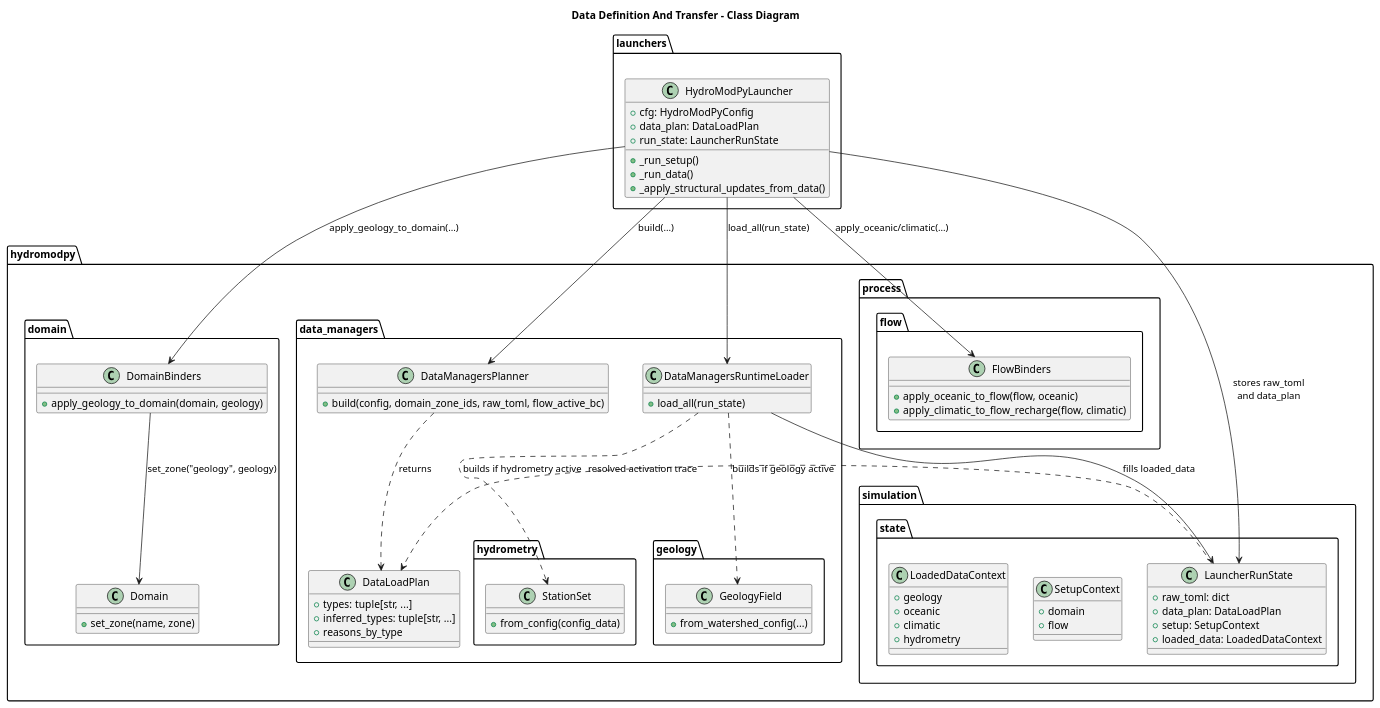
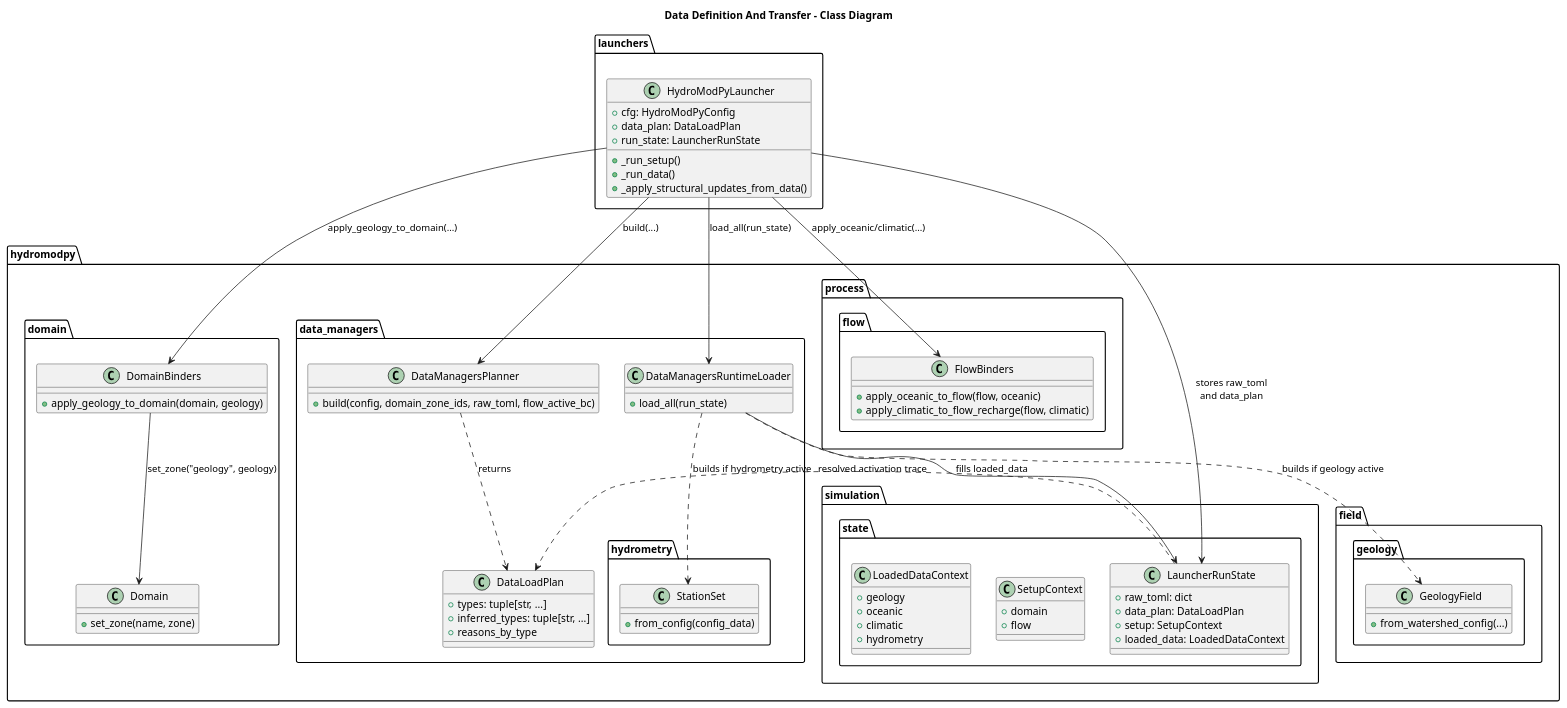
One commit to HydroModPy/HydroModPy changed the diagram in docs/readthedocs/source/architecture/data_loading/diagrams/data_definition_transfer_class.wsd. Above: the diagram before and after it, drawn with PlantUML. The commit also changed 67 other files, not shown here.

Commit message:
[geology] - Add geology to data_manager

```diff
--- a/docs/readthedocs/source/architecture/data_loading/diagrams/data_definition_transfer_class.wsd
+++ b/docs/readthedocs/source/architecture/data_loading/diagrams/data_definition_transfer_class.wsd
@@ -1,95 +1,95 @@
 @startuml
 title Data Definition And Transfer - Class Diagram
 
 package "launchers" {
   class HydroModPyLauncher {
     +cfg: HydroModPyConfig
     +data_plan: DataLoadPlan
     +run_state: LauncherRunState
     +_run_setup()
     +_run_data()
     +_apply_structural_updates_from_data()
   }
 }
 
 package "hydromodpy.simulation.state" {
   class LauncherRunState {
     +raw_toml: dict
     +data_plan: DataLoadPlan
     +setup: SetupContext
     +loaded_data: LoadedDataContext
   }
 
   class SetupContext {
     +domain
     +flow
   }
 
   class LoadedDataContext {
     +geology
     +oceanic
     +climatic
     +hydrometry
   }
 }
 
 package "hydromodpy.data_managers" {
   class DataManagersPlanner {
     +build(config, domain_zone_ids, raw_toml, flow_active_bc)
   }
 
   class DataLoadPlan {
     +types: tuple[str, ...]
     +inferred_types: tuple[str, ...]
     +reasons_by_type
   }
 
   class DataManagersRuntimeLoader {
     +load_all(run_state)
   }
 }
 
-package "hydromodpy.data_managers.geology" {
+package "hydromodpy.field.geology" {
   class GeologyField {
     +from_watershed_config(...)
   }
 }
 
 package "hydromodpy.data_managers.hydrometry" {
   class StationSet {
     +from_config(config_data)
   }
 }
 
 package "hydromodpy.domain" {
   class Domain {
     +set_zone(name, zone)
   }
 
   class DomainBinders {
     +apply_geology_to_domain(domain, geology)
   }
 }
 
 package "hydromodpy.process.flow" {
   class FlowBinders {
     +apply_oceanic_to_flow(flow, oceanic)
     +apply_climatic_to_flow_recharge(flow, climatic)
   }
 }
 
 HydroModPyLauncher --> DataManagersPlanner : build(...)
 DataManagersPlanner ..> DataLoadPlan : returns
 HydroModPyLauncher --> LauncherRunState : stores raw_toml\nand data_plan
 HydroModPyLauncher --> DataManagersRuntimeLoader : load_all(run_state)
 DataManagersRuntimeLoader --> LauncherRunState : fills loaded_data
 
 DataManagersRuntimeLoader ..> GeologyField : builds if geology active
 DataManagersRuntimeLoader ..> StationSet : builds if hydrometry active
 
 HydroModPyLauncher --> DomainBinders : apply_geology_to_domain(...)
 DomainBinders --> Domain : set_zone("geology", geology)
 HydroModPyLauncher --> FlowBinders : apply_oceanic/climatic(...)
 
 LauncherRunState ..> DataLoadPlan : resolved activation trace
 @enduml
```
